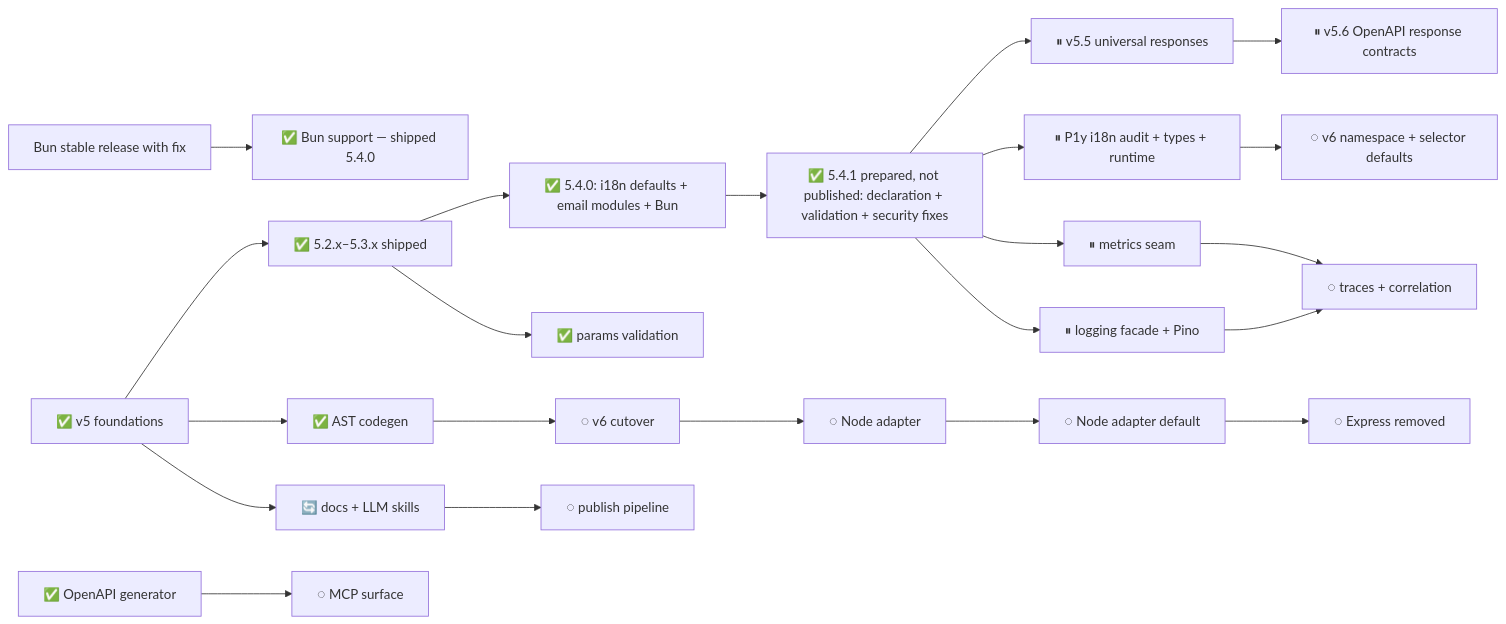
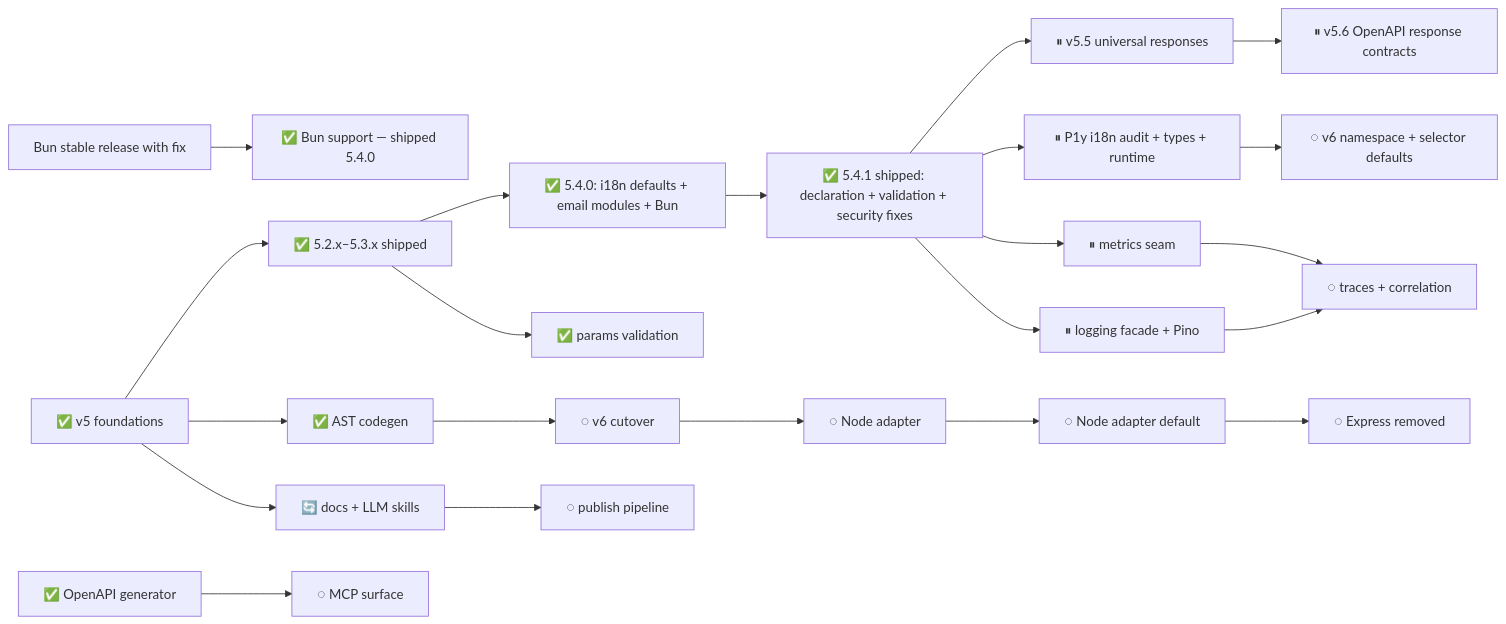
One commit to adaptivestone/framework changed the diagram in .plans/refactor/README.md. Above: the diagram before and after it, drawn with Mermaid. The commit also changed other lines of this file and 1 other file, not shown here.

````diff
--- a/.plans/refactor/README.md
+++ b/.plans/refactor/README.md
@@ -42,31 +42,31 @@
 ```mermaid
 flowchart LR
     Foundation["✅ v5 foundations"] --> Patch["✅ 5.2.x–5.3.x shipped"]
     Patch --> Released["✅ 5.4.0: i18n defaults + email modules + Bun"]
-    Released --> Unreleased["✅ 5.4.1 prepared, not published: declaration + validation + security fixes"]
+    Released --> Unreleased["✅ 5.4.1 shipped: declaration + validation + security fixes"]
 
     Unreleased --> Responses["⏸ v5.5 universal responses"]
     Responses --> OpenAPI["⏸ v5.6 OpenAPI response contracts"]
 
     BunRelease["Bun stable release with fix"] --> BunSupport["✅ Bun support — shipped 5.4.0"]
 
     Unreleased --> I18nV5["⏸ P1y i18n audit + types + runtime"]
     I18nV5 --> I18nV6["◌ v6 namespace + selector defaults"]
 
     Foundation --> Codegen["✅ AST codegen"]
     Codegen --> V6["◌ v6 cutover"]
     V6 --> NodeAdapter["◌ Node adapter"]
     NodeAdapter --> DefaultNode["◌ Node adapter default"]
     DefaultNode --> DropExpress["◌ Express removed"]
 
     Foundation --> Docs["🔄 docs + LLM skills"]
     Docs --> Publish["◌ publish pipeline"]
 
     Patch --> Params["✅ params validation"]
     Unreleased --> Metrics["⏸ metrics seam"]
     Unreleased --> Logging["⏸ logging facade + Pino"]
     Logging --> Observability["◌ traces + correlation"]
     Metrics --> Observability
 
     OpenAPIGen["✅ OpenAPI generator"] --> MCP["◌ MCP surface"]
 ```
````
